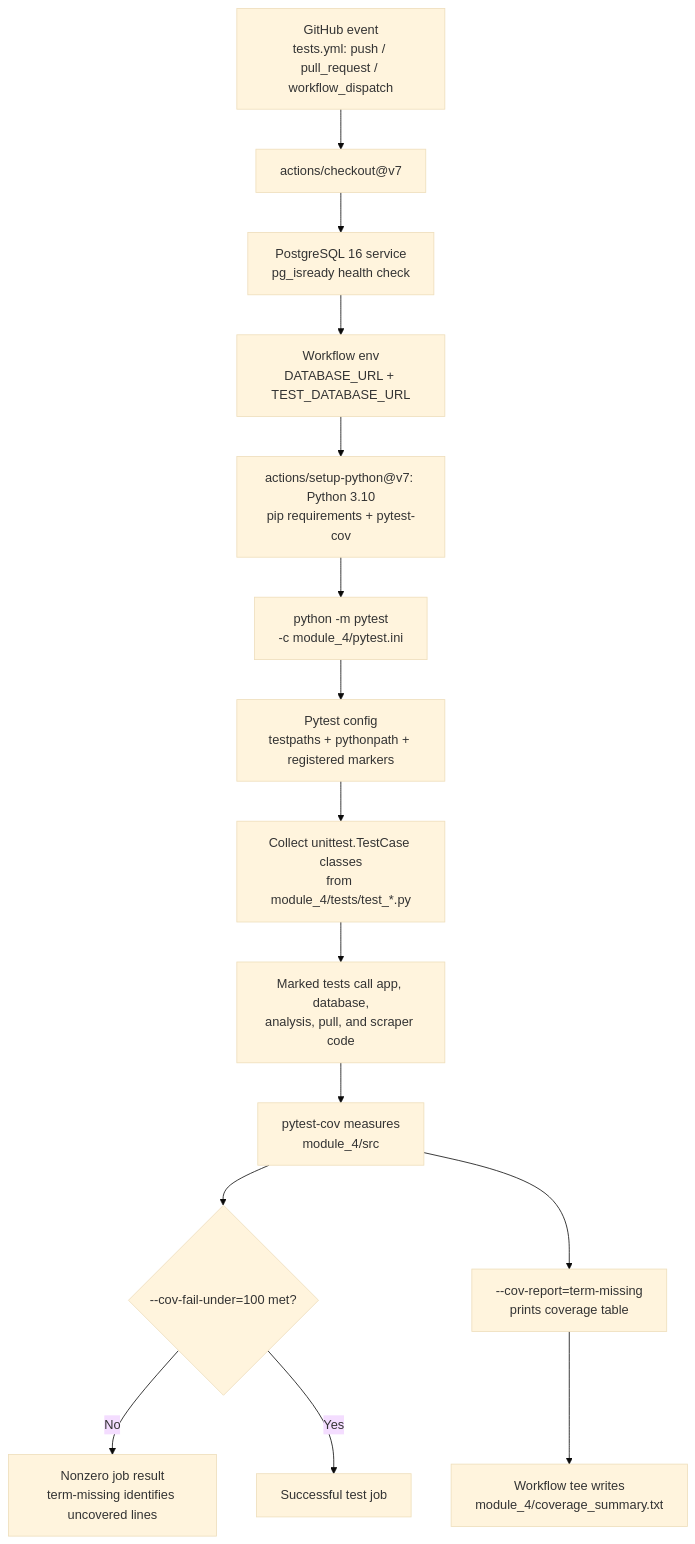
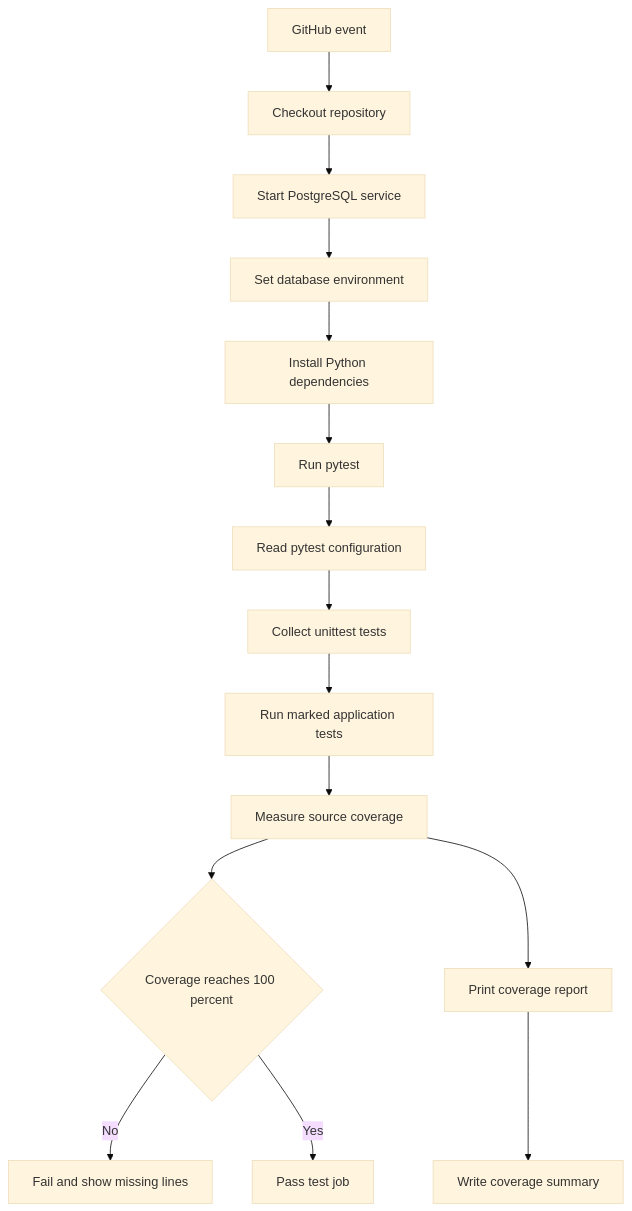
Before and after one commit to pgozgo/jhu_software_concepts: the diagram in module_4/README.md, drawn with Mermaid (base theme).

````diff
--- a/module_4/README.md
+++ b/module_4/README.md
@@ -5,17 +5,17 @@
 ```mermaid
 flowchart TD
-    A["GitHub event<br/>tests.yml: push / pull_request / workflow_dispatch"] --> B["actions/checkout@v7"]
-    B --> C["PostgreSQL 16 service<br/>pg_isready health check"]
-    C --> D["Workflow env<br/>DATABASE_URL + TEST_DATABASE_URL"]
-    D --> E["actions/setup-python@v7: Python 3.10<br/>pip requirements + pytest-cov"]
-    E --> F["python -m pytest<br/>-c module_4/pytest.ini"]
-    F --> G["Pytest config<br/>testpaths + pythonpath + registered markers"]
-    G --> H["Collect unittest.TestCase classes<br/>from module_4/tests/test_*.py"]
-    H --> I["Marked tests call app, database,<br/>analysis, pull, and scraper code"]
-    I --> J["pytest-cov measures<br/>module_4/src"]
-    J --> K{"--cov-fail-under=100 met?"}
-    K -- No --> L["Nonzero job result<br/>term-missing identifies uncovered lines"]
-    K -- Yes --> M["Successful test job"]
-    J --> N["--cov-report=term-missing<br/>prints coverage table"]
-    N --> O["Workflow tee writes<br/>module_4/coverage_summary.txt"]
+    A[GitHub event] --> B[Checkout repository]
+    B --> C[Start PostgreSQL service]
+    C --> D[Set database environment]
+    D --> E[Install Python dependencies]
+    E --> F[Run pytest]
+    F --> G[Read pytest configuration]
+    G --> H[Collect unittest tests]
+    H --> I[Run marked application tests]
+    I --> J[Measure source coverage]
+    J --> K{Coverage reaches 100 percent}
+    K -- No --> L[Fail and show missing lines]
+    K -- Yes --> M[Pass test job]
+    J --> N[Print coverage report]
+    N --> O[Write coverage summary]
 ```
````
